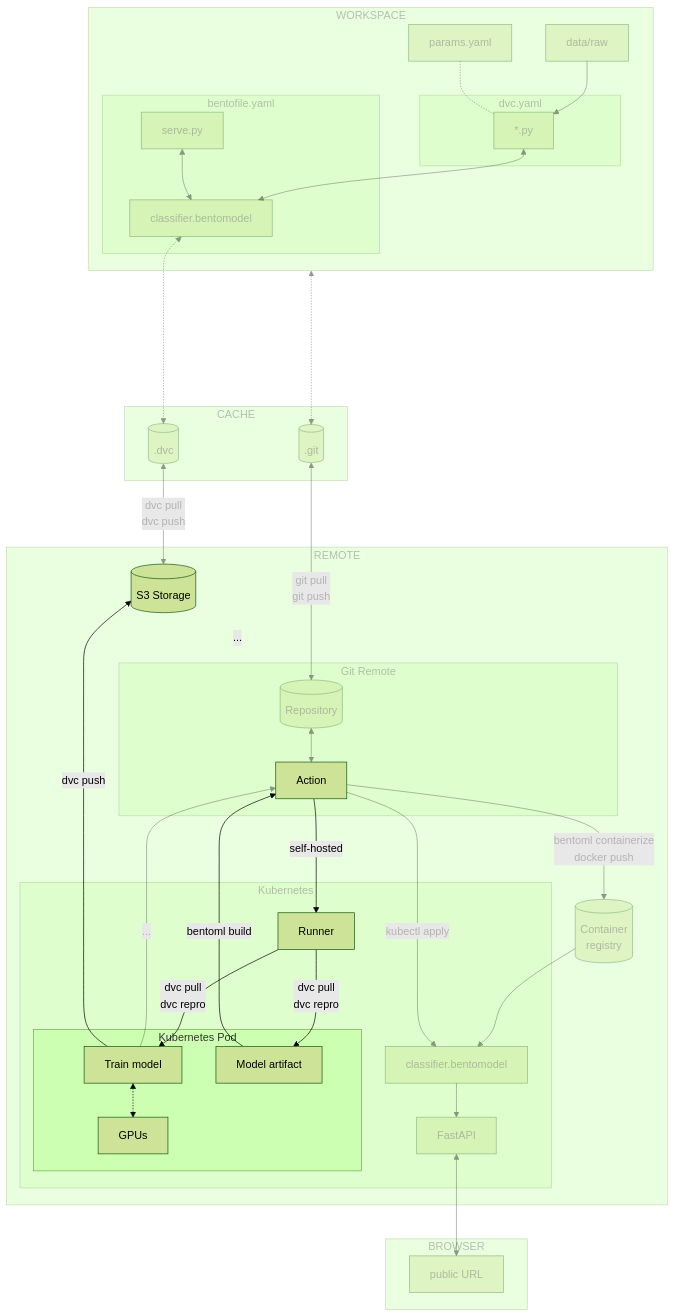
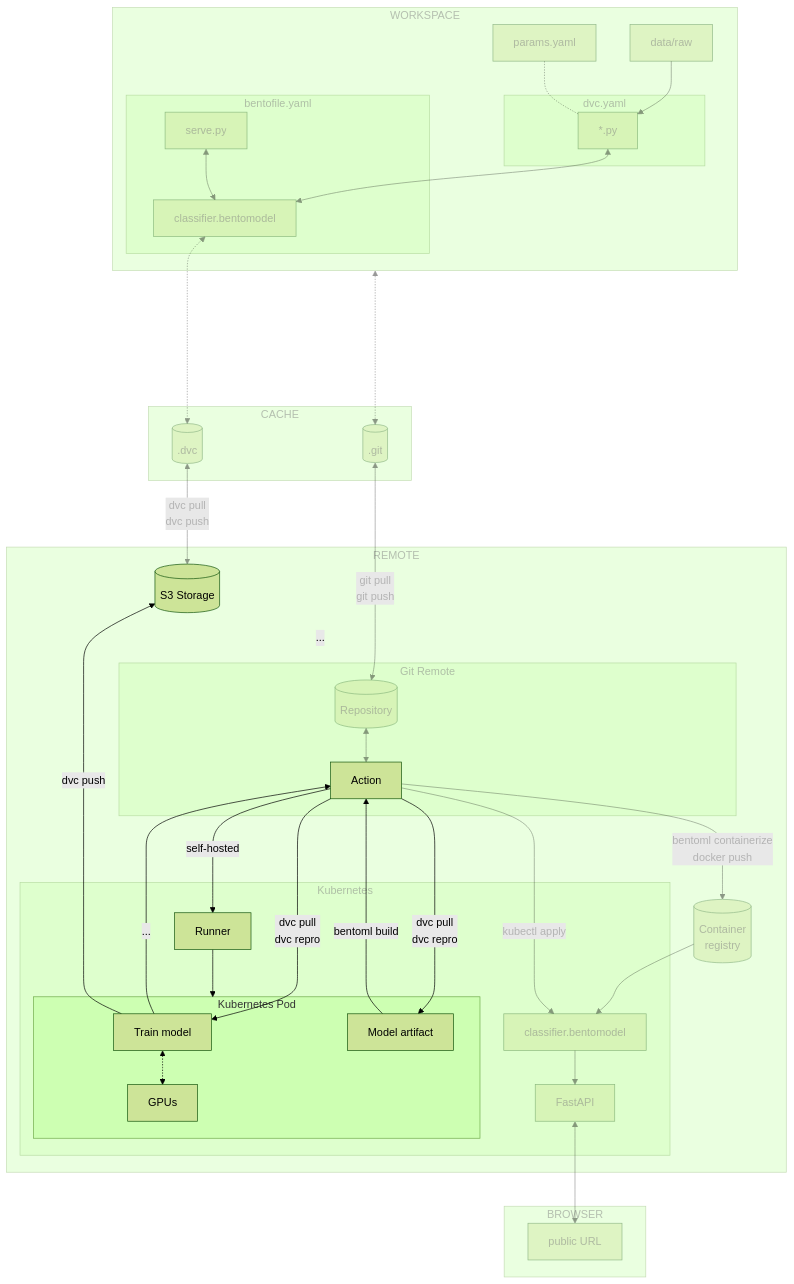
One commit to swiss-ai-center/a-guide-to-mlops changed the diagram in docs/part-3-serve-and-deploy-the-model/chapter-17-train-the-model-on-a-kubernetes-pod.md. Above: the diagram before and after it, drawn with Mermaid (forest theme). The commit also changed 1 other file, not shown here.

Commit message:
Udpate mermaid graphs

````diff
--- a/docs/part-3-serve-and-deploy-the-model/chapter-17-train-the-model-on-a-kubernetes-pod.md
+++ b/docs/part-3-serve-and-deploy-the-model/chapter-17-train-the-model-on-a-kubernetes-pod.md
@@ -31,5 +31,5 @@
 ```mermaid
-graph TB
+flowchart TB
     dot_dvc[(.dvc)] <-->|dvc pull
                          dvc push| s3_storage[(S3 Storage)]
     dot_git[(.git)] <-->|git pull
@@ -69,10 +69,11 @@
                 pod_train[Train model] <-.-> k8s_gpu[GPUs]
                 bento_artifact[Model artifact]
             end
-            pod_runner --> |dvc pull
-                            dvc repro|bento_artifact
-            pod_runner[Runner] -->|dvc pull
-                                   dvc repro| pod_train
+            pod_runner[Runner] --> clusterPodGraph
+            action --> |dvc pull
+                        dvc repro|bento_artifact
+            action -->|dvc pull
+                       dvc repro| pod_train
             bento_service_cluster[classifier.bentomodel] --> k8s_fastapi[FastAPI]
         end
         bento_artifact -->|bentoml build|action
@@ -120,9 +121,8 @@
     linkStyle 8 opacity:0.4,color:#7f7f7f80
     linkStyle 9 opacity:0.4,color:#7f7f7f80
     linkStyle 10 opacity:0.0
-    linkStyle 14 opacity:0.4,color:#7f7f7f80
-    linkStyle 17 opacity:0.4,color:#7f7f7f80
-    linkStyle 19 opacity:0.4,color:#7f7f7f80
+    linkStyle 15 opacity:0.4,color:#7f7f7f80
     linkStyle 20 opacity:0.4,color:#7f7f7f80
     linkStyle 21 opacity:0.4,color:#7f7f7f80
+    linkStyle 22 opacity:0.4,color:#7f7f7f80
 ```
````
